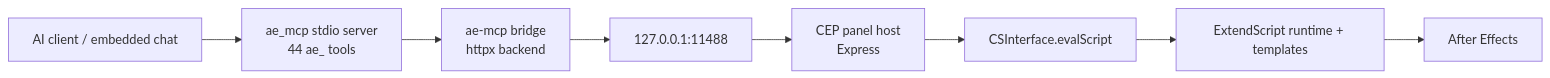
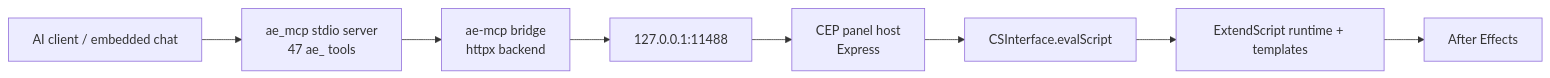
Before and after one commit to JUNKDOGE-JOE/after-effects-mcp: the first of 4 diagrams in docs/WORKFLOW.md, drawn with Mermaid. The commit also changed other lines of this file and 39 other files, not shown here.

````diff
--- a/docs/WORKFLOW.md
+++ b/docs/WORKFLOW.md
@@ -19,10 +19,10 @@
 ```mermaid
 flowchart LR
-    A["AI client / embedded chat"] --> B["ae_mcp stdio server<br/>44 ae_ tools"]
+    A["AI client / embedded chat"] --> B["ae_mcp stdio server<br/>47 ae_ tools"]
     B --> C["ae-mcp bridge<br/>httpx backend"]
     C --> D["127.0.0.1:11488"]
     D --> E["CEP panel host<br/>Express"]
     E --> F["CSInterface.evalScript"]
     F --> G["ExtendScript runtime + templates"]
     G --> H["After Effects"]
 ```
````
